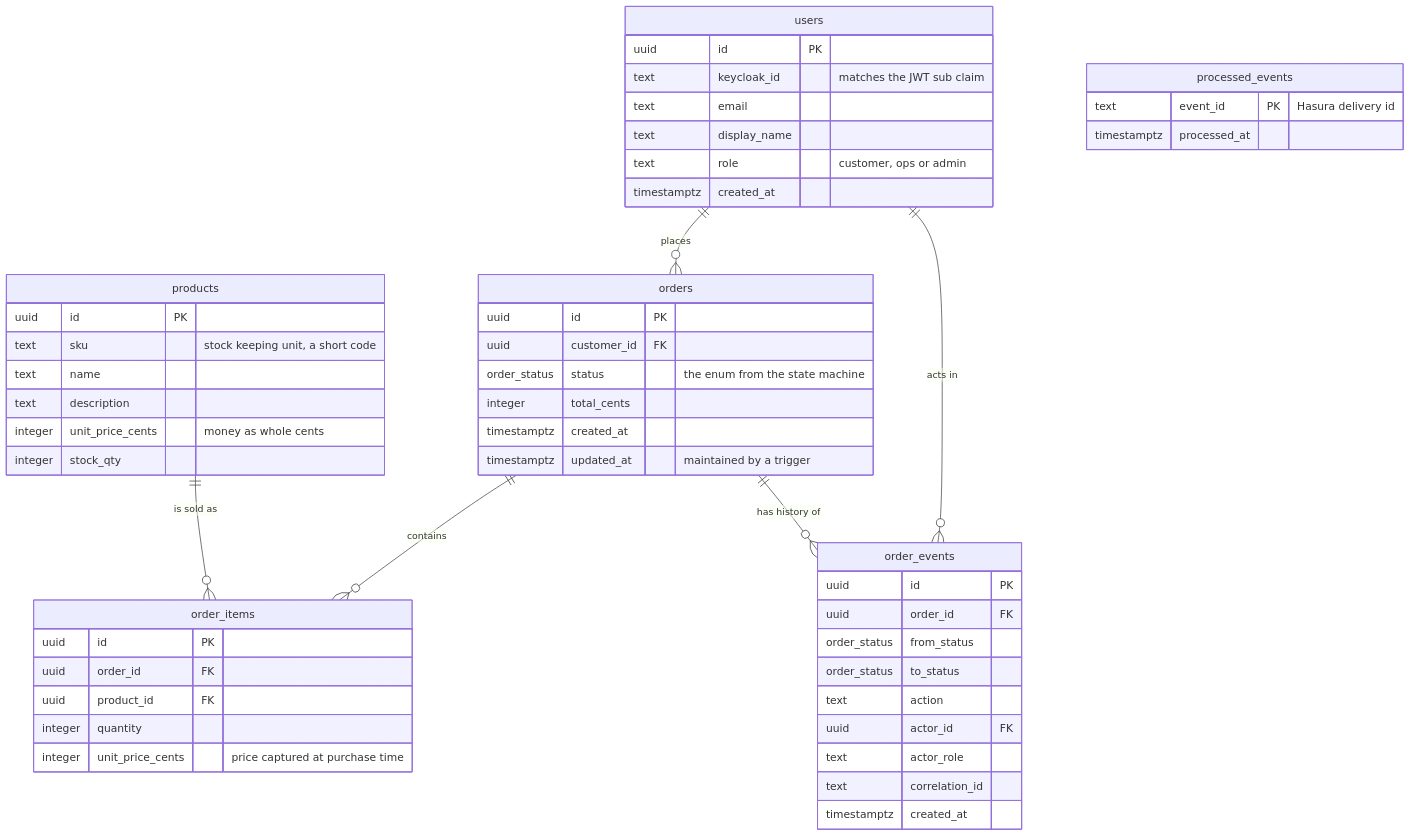
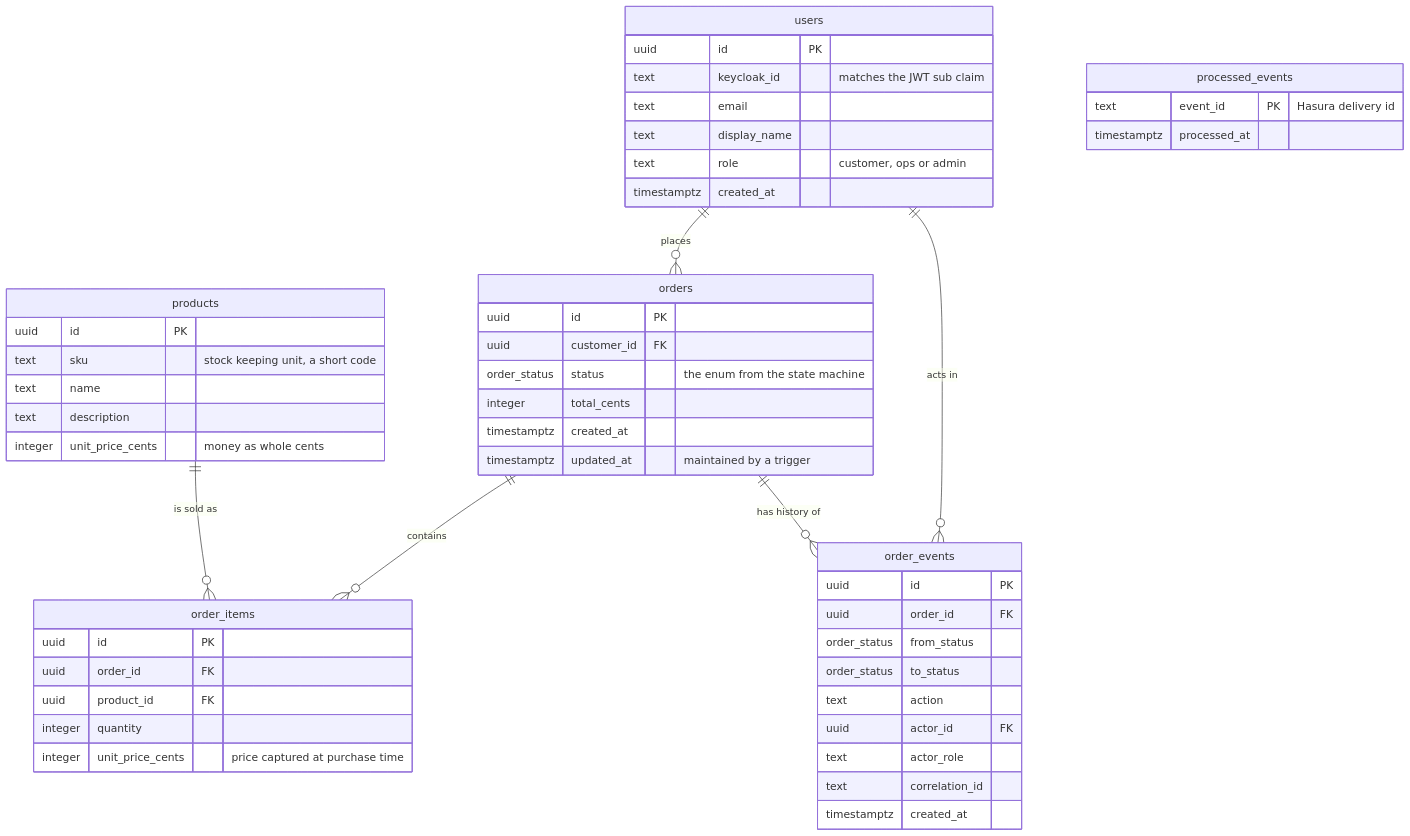
Before and after one commit to harishbala1o/ecommerce-orderflow: the fourth of 16 diagrams in docs/ARCHITECTURE.md, drawn with Mermaid. The commit also changed other lines of this file and 12 other files, not shown here.

````diff
--- a/docs/ARCHITECTURE.md
+++ b/docs/ARCHITECTURE.md
@@ -464,55 +504,54 @@
 ```mermaid
 erDiagram
     users {
         uuid id PK
         text keycloak_id "matches the JWT sub claim"
         text email
         text display_name
         text role "customer, ops or admin"
         timestamptz created_at
     }
     products {
         uuid id PK
         text sku "stock keeping unit, a short code"
         text name
         text description
         integer unit_price_cents "money as whole cents"
-        integer stock_qty
     }
     orders {
         uuid id PK
         uuid customer_id FK
         order_status status "the enum from the state machine"
         integer total_cents
         timestamptz created_at
         timestamptz updated_at "maintained by a trigger"
     }
     order_items {
         uuid id PK
         uuid order_id FK
         uuid product_id FK
         integer quantity
         integer unit_price_cents "price captured at purchase time"
     }
     order_events {
         uuid id PK
         uuid order_id FK
         order_status from_status
         order_status to_status
         text action
         uuid actor_id FK
         text actor_role
         text correlation_id
         timestamptz created_at
     }
     processed_events {
         text event_id PK "Hasura delivery id"
         timestamptz processed_at
     }
 
     users ||--o{ orders : "places"
     users ||--o{ order_events : "acts in"
     orders ||--o{ order_items : "contains"
     orders ||--o{ order_events : "has history of"
     products ||--o{ order_items : "is sold as"
 ```
````
